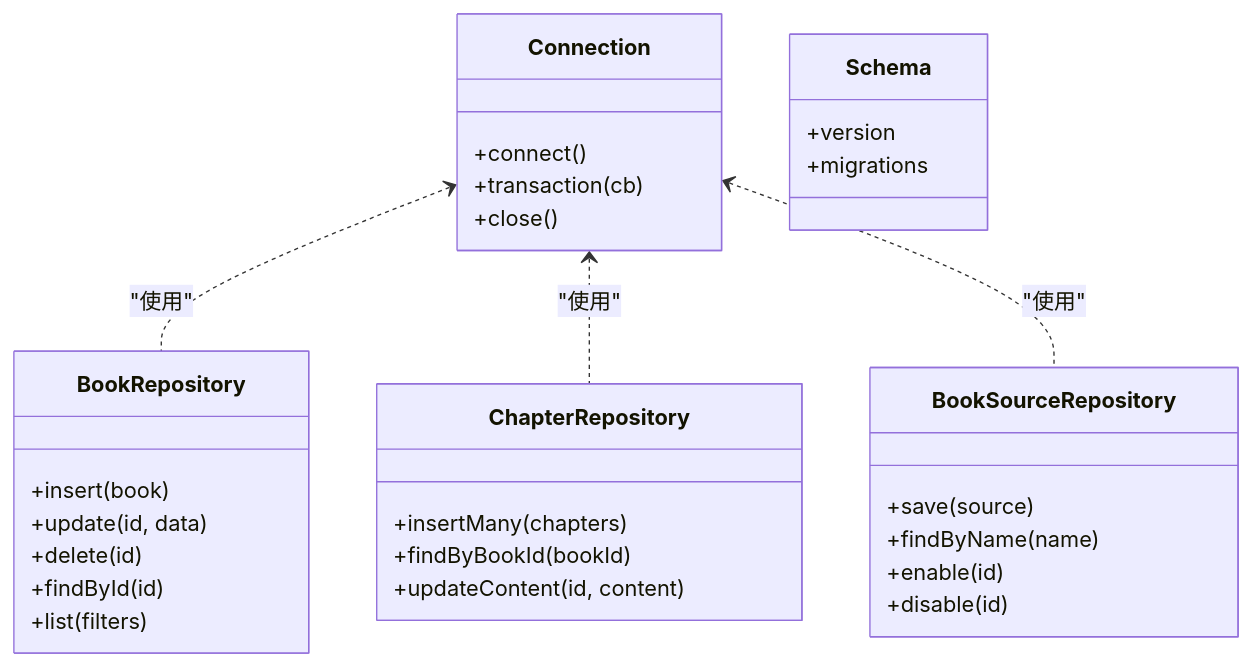
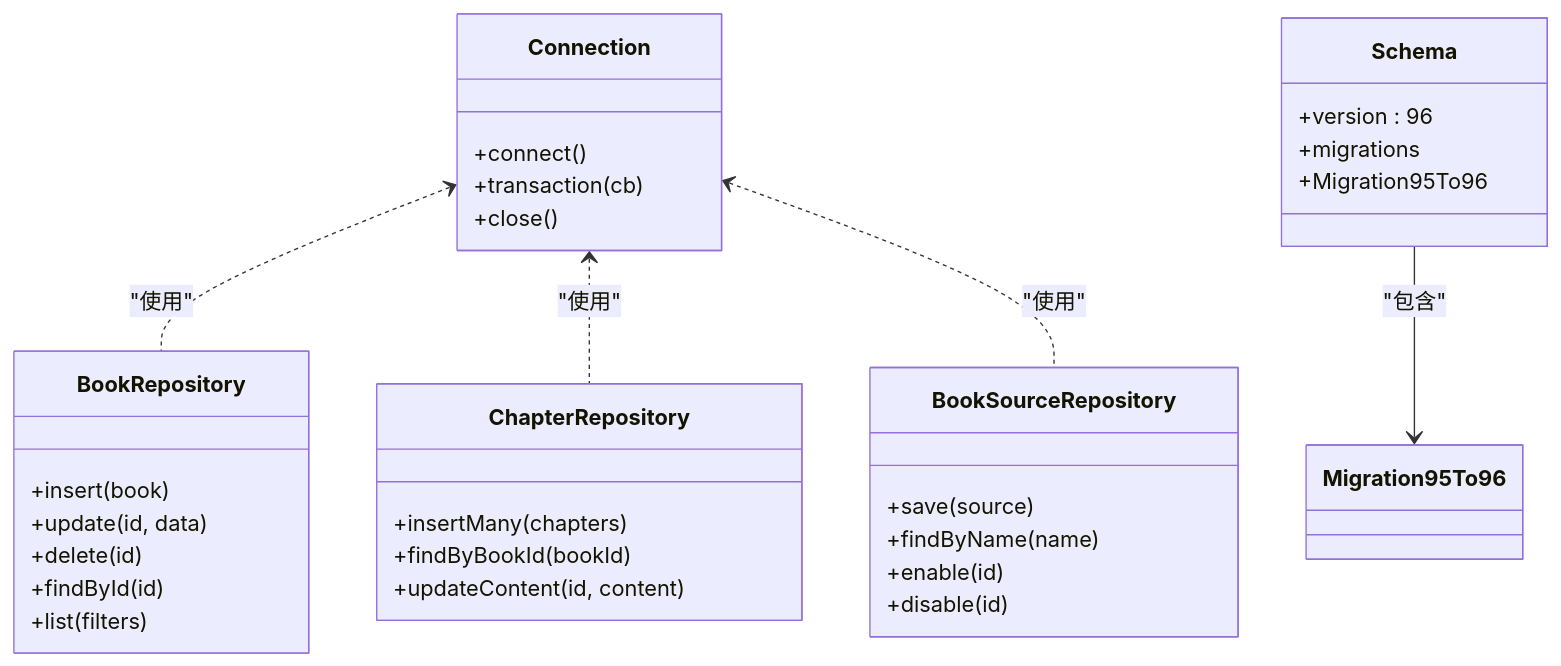
One commit to ZhangGHGitHub/LegadoTeamFlutter changed the sixth of 12 diagrams in .qoder/repowiki/zh/content/Rust核心库/Rust核心库.md. Above: the diagram before and after it, drawn with Mermaid. The commit also changed other lines of this file and 68 other files, not shown here.

````diff
--- a/.qoder/repowiki/zh/content/Rust核心库/Rust核心库.md
+++ b/.qoder/repowiki/zh/content/Rust核心库/Rust核心库.md
@@ -277,33 +287,35 @@
 ```mermaid
 classDiagram
 class Connection {
 +connect()
 +transaction(cb)
 +close()
 }
 class Schema {
-+version
++version : 96
 +migrations
++Migration95To96
 }
 class BookRepository {
 +insert(book)
 +update(id, data)
 +delete(id)
 +findById(id)
 +list(filters)
 }
 class ChapterRepository {
 +insertMany(chapters)
 +findByBookId(bookId)
 +updateContent(id, content)
 }
 class BookSourceRepository {
 +save(source)
 +findByName(name)
 +enable(id)
 +disable(id)
 }
 Connection <.. BookRepository : "使用"
 Connection <.. ChapterRepository : "使用"
 Connection <.. BookSourceRepository : "使用"
+Schema --> Migration95To96 : "包含"
 ```
````
